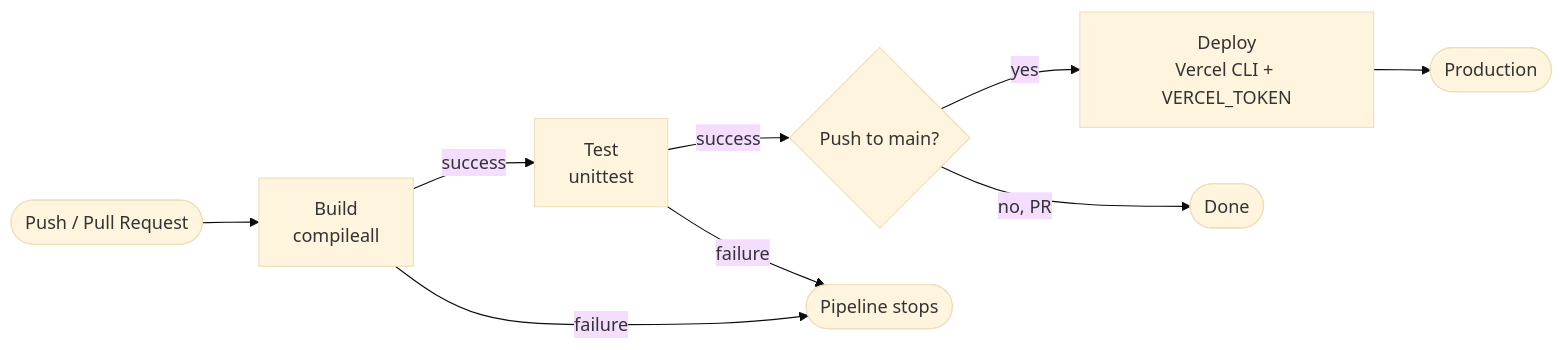
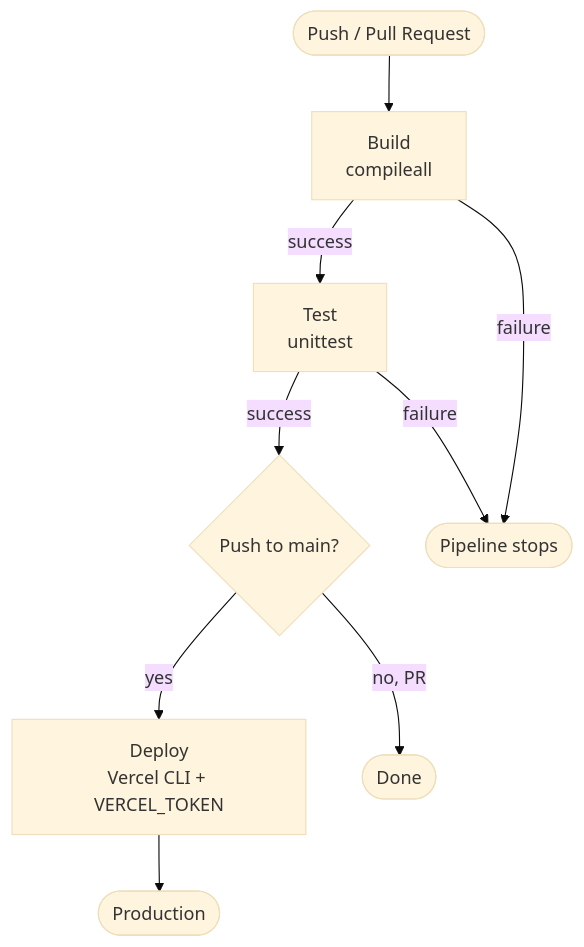
Before and after one commit to Ssajaia/DevOps-midterm: the diagram in README.md, drawn with Mermaid (base theme).

Commit message:
change mermaid graph view from Left-Right to Top-Down

````diff
--- a/README.md
+++ b/README.md
@@ -49,11 +49,11 @@
 ```mermaid
-flowchart LR
+flowchart TD
     A([Push / Pull Request]) --> B[Build<br/>compileall]
     B -->|success| C[Test<br/>unittest]
     C -->|success| D{Push to main?}
     D -->|yes| E[Deploy<br/>Vercel CLI + VERCEL_TOKEN]
     D -->|no, PR| F([Done])
     E --> G([Production])
     B -->|failure| X([Pipeline stops])
     C -->|failure| X
 ```
````
